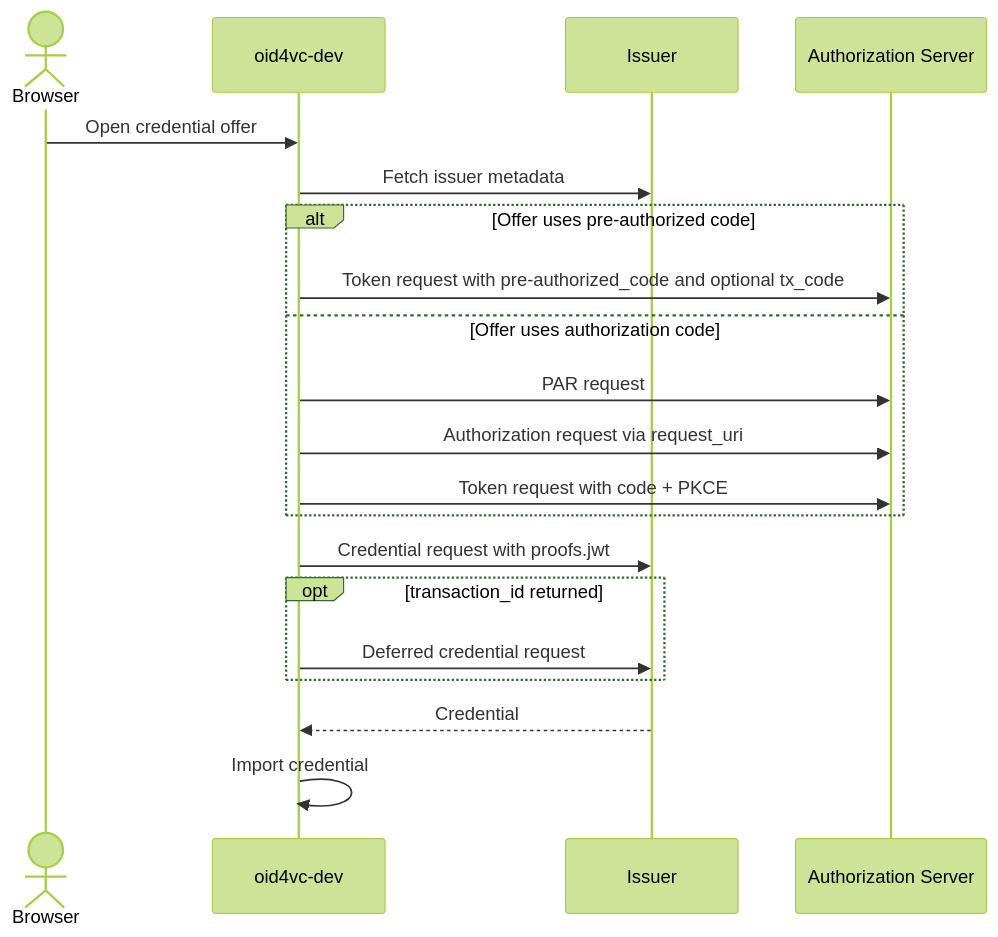
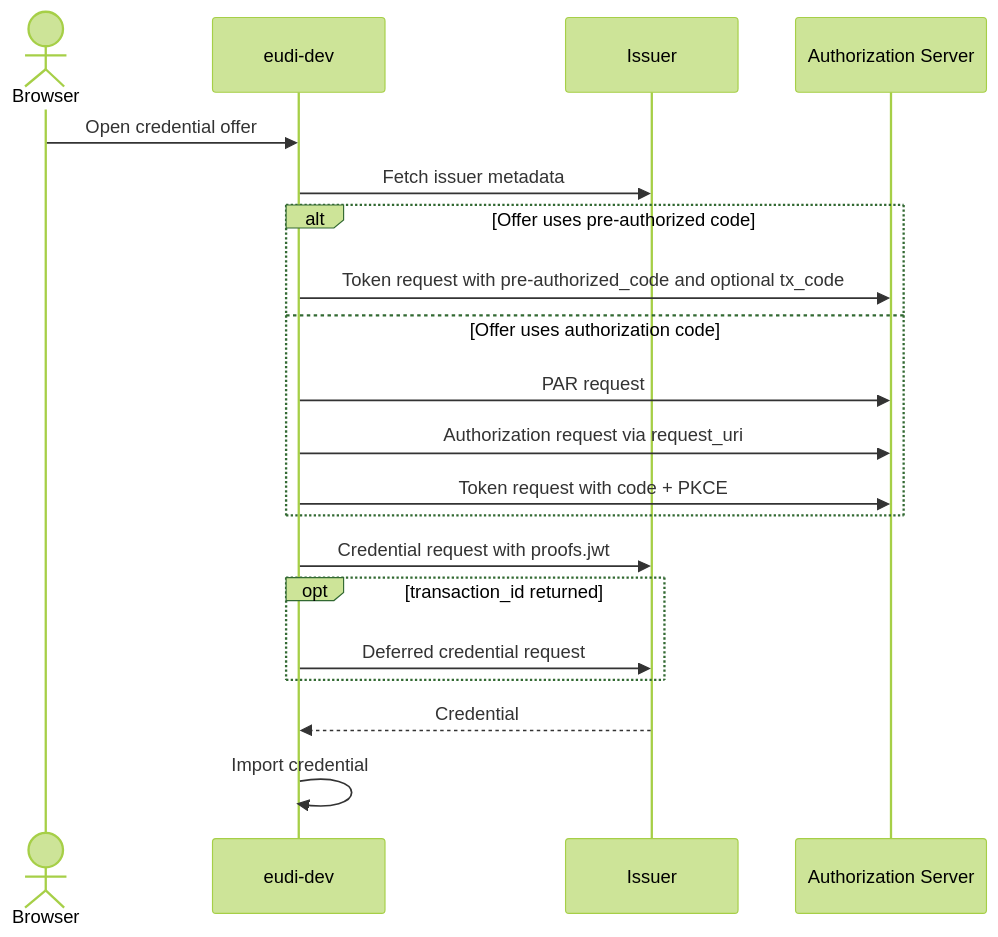
The first of 3 diagrams in docs/diagrams/oid4vci.md (dominikschlosser/eudi-dev), drawn with Mermaid (forest theme) before and after one commit. The commit also changed other lines of this file and 12 other files, not shown here.

````diff
--- a/docs/diagrams/oid4vci.md
+++ b/docs/diagrams/oid4vci.md
@@ -7,23 +7,23 @@
 ```mermaid
 sequenceDiagram
     actor Browser
-    participant Wallet as oid4vc-dev
+    participant Wallet as eudi-dev
     participant Issuer
     participant AS as Authorization Server
 
     Browser->>Wallet: Open credential offer
     Wallet->>Issuer: Fetch issuer metadata
     alt Offer uses pre-authorized code
         Wallet->>AS: Token request with pre-authorized_code and optional tx_code
     else Offer uses authorization code
         Wallet->>AS: PAR request
         Wallet->>AS: Authorization request via request_uri
         Wallet->>AS: Token request with code + PKCE
     end
     Wallet->>Issuer: Credential request with proofs.jwt
     opt transaction_id returned
         Wallet->>Issuer: Deferred credential request
     end
     Issuer-->>Wallet: Credential
     Wallet->>Wallet: Import credential
 ```
````
